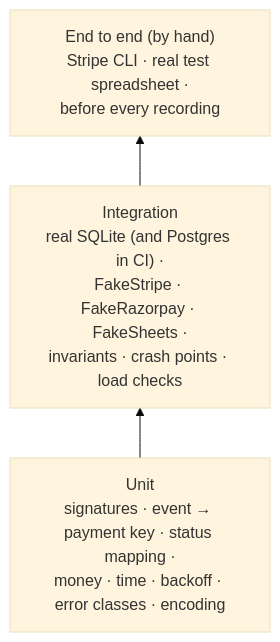
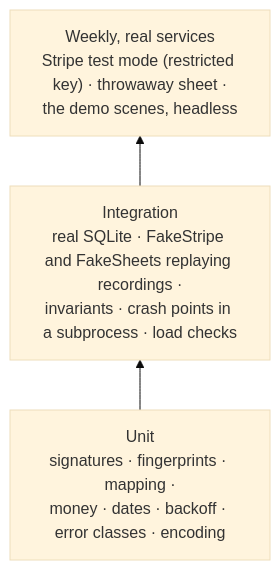
Before and after one commit to lalitkarthik/webhook-sync: the diagram in docs/design/testing.md, drawn with Mermaid (base theme). The commit also changed other lines of this file and 23 other files, not shown here.

````diff
--- a/docs/design/testing.md
+++ b/docs/design/testing.md
@@ -9,7 +22,7 @@
 ```mermaid
 flowchart BT
-  U["Unit<br/>signatures · event → payment key · status mapping ·<br/>money · time · backoff · error classes · encoding"]
-  I["Integration<br/>real SQLite (and Postgres in CI) ·<br/>FakeStripe · FakeRazorpay · FakeSheets ·<br/>invariants · crash points · load checks"]
-  E["End to end (by hand)<br/>Stripe CLI · real test spreadsheet ·<br/>before every recording"]
+  U["Unit<br/>signatures · fingerprints · mapping ·<br/>money · dates · backoff · error classes · encoding"]
+  I["Integration<br/>real SQLite · FakeStripe and FakeSheets replaying recordings ·<br/>invariants · crash points in a subprocess · load checks"]
+  E["Weekly, real services<br/>Stripe test mode (restricted key) · throwaway sheet ·<br/>the demo scenes, headless"]
   U --> I --> E
 ```
````
